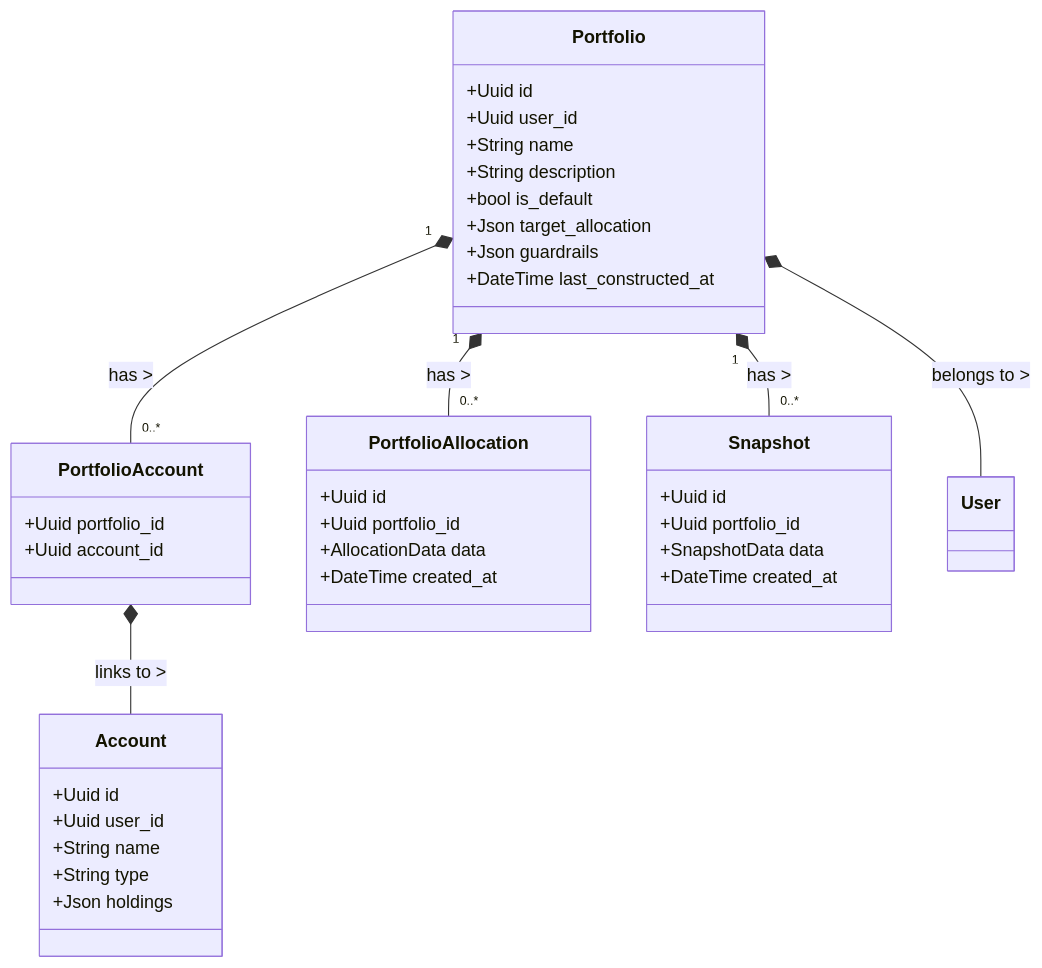
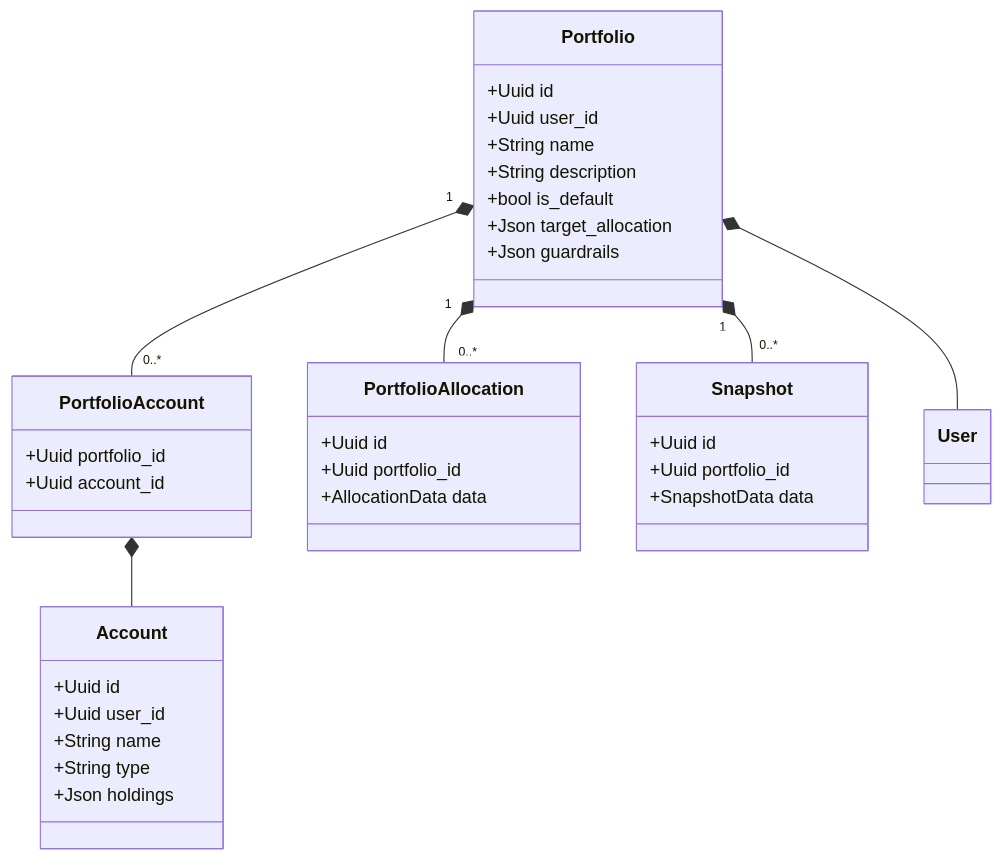
The second of 17 diagrams in docs/architecture/01-architecture-design.md (doitsu2014/crypto-pocket-butler), drawn with Mermaid before and after one commit. The commit also changed other lines of this file, not shown here.

Commit message:
docs: Fix Mermaid syntax errors for GitHub compatibility

````diff
--- a/docs/architecture/01-architecture-design.md
+++ b/docs/architecture/01-architecture-design.md
@@ -49,46 +26,43 @@
 ```mermaid
 classDiagram
     class Portfolio {
         +Uuid id
         +Uuid user_id
         +String name
         +String description
         +bool is_default
         +Json target_allocation
         +Json guardrails
-        +DateTime last_constructed_at
     }
     
     class PortfolioAccount {
         +Uuid portfolio_id
         +Uuid account_id
     }
     
     class PortfolioAllocation {
         +Uuid id
         +Uuid portfolio_id
         +AllocationData data
-        +DateTime created_at
     }
     
     class Snapshot {
         +Uuid id
         +Uuid portfolio_id
         +SnapshotData data
-        +DateTime created_at
     }
     
     class Account {
         +Uuid id
         +Uuid user_id
         +String name
         +String type
         +Json holdings
     }
     
-    Portfolio "1" *-- "0..*" PortfolioAccount : has >
-    Portfolio "1" *-- "0..*" PortfolioAllocation : has >
-    Portfolio "1" *-- "0..*" Snapshot : has >
-    PortfolioAccount *-- Account : links to >
-    Portfolio *-- User : belongs to >
+    Portfolio "1" *-- "0..*" PortfolioAccount
+    Portfolio "1" *-- "0..*" PortfolioAllocation
+    Portfolio "1" *-- "0..*" Snapshot
+    PortfolioAccount *-- Account
+    Portfolio *-- User
 ```
````
